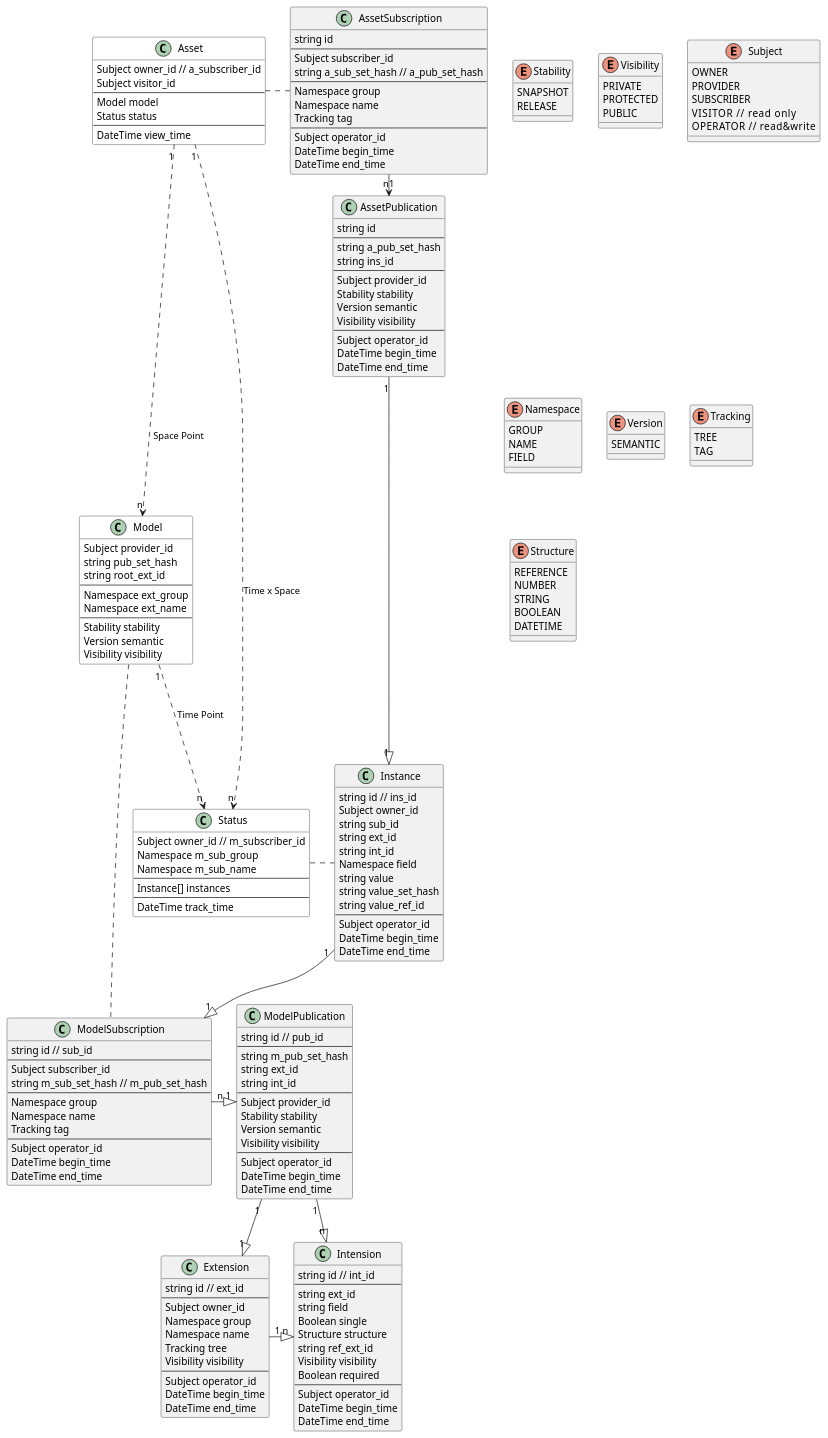
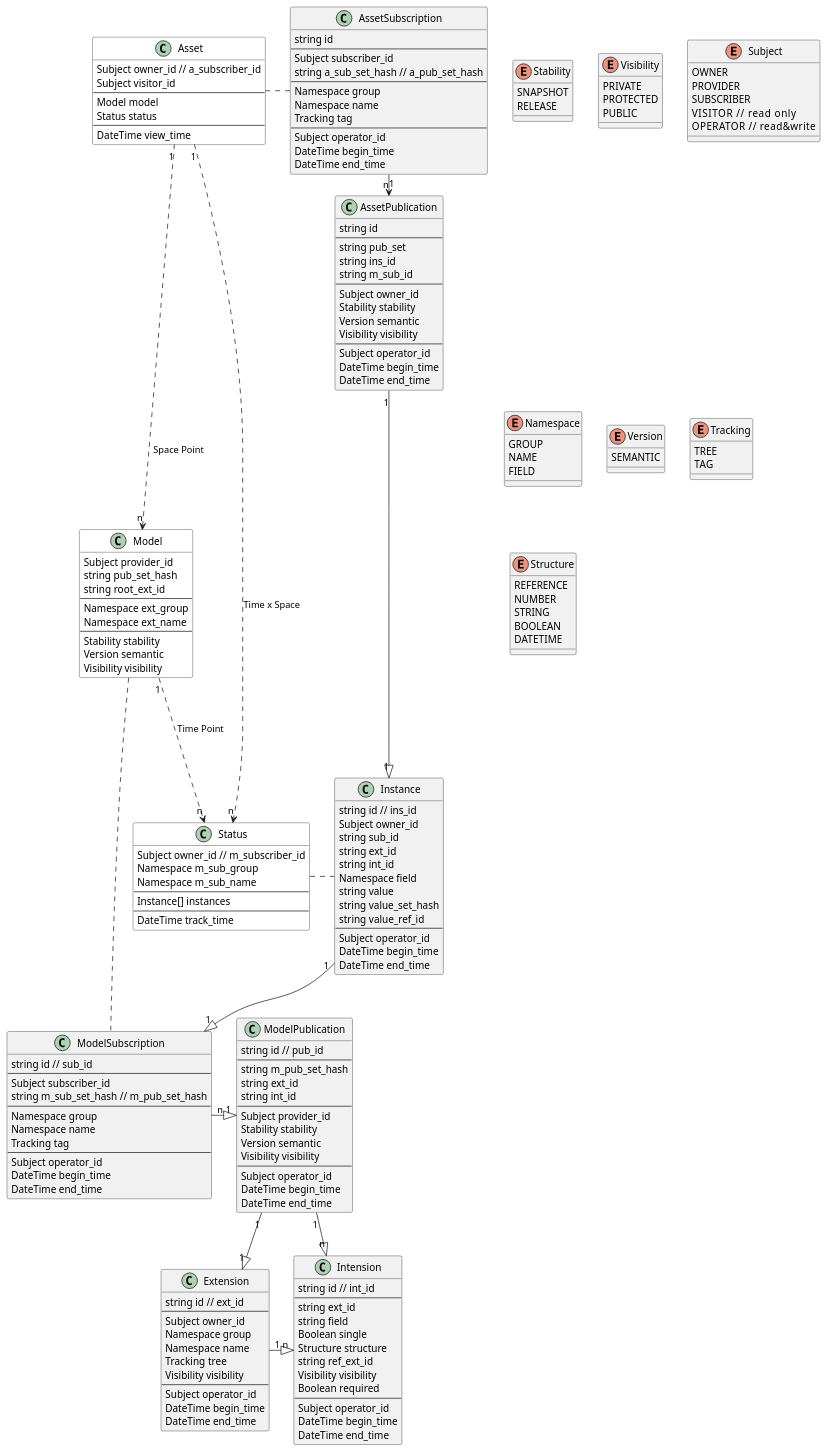
Before and after one commit to SINeWang/kiimate: the diagram in kiimate.puml, drawn with PlantUML. The commit also changed 8 other files, not shown here.

```diff
--- a/kiimate.puml
+++ b/kiimate.puml
@@ -79,10 +79,11 @@
 class AssetPublication{
     string id
     ---
-    string a_pub_set_hash
+    string pub_set
     string ins_id
+    string m_sub_id
     ---
-    Subject provider_id
+    Subject owner_id
     Stability stability
     Version semantic
     Visibility visibility
```
